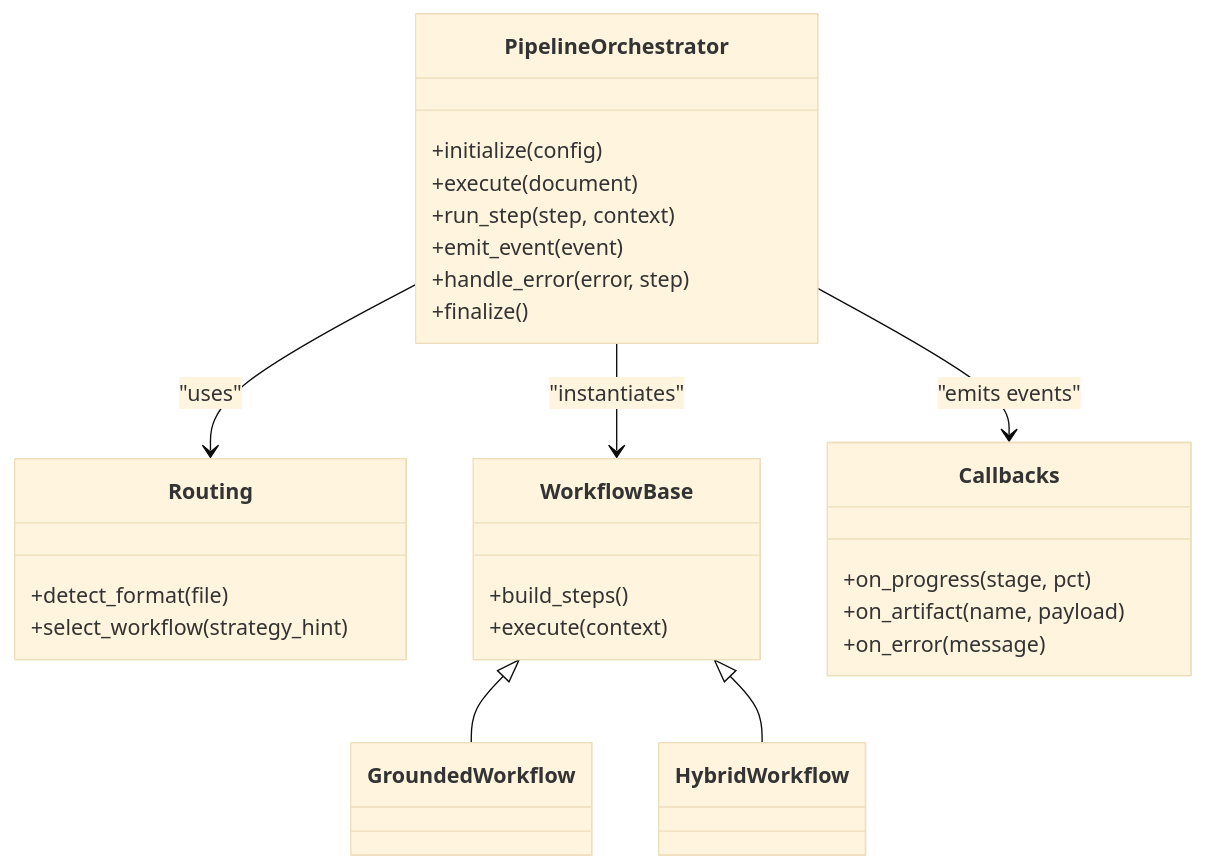
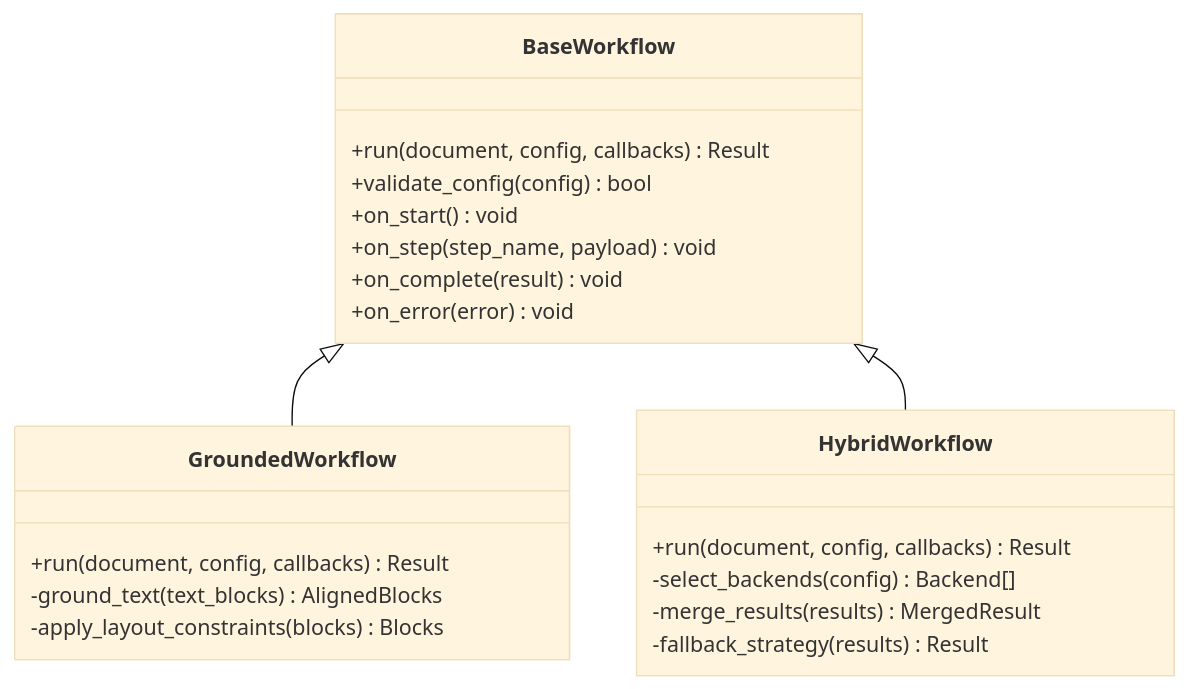
The third of 7 diagrams in .qoder/repowiki/en/content/Core Processing Engine/Core Processing Engine.md (Sifr-r/LocalDeepL), drawn with Mermaid (base theme) before and after one commit. The commit also changed other lines of this file and 246 other files, not shown here.

````diff
--- a/.qoder/repowiki/en/content/Core Processing Engine/Core Processing Engine.md
+++ b/.qoder/repowiki/en/content/Core Processing Engine/Core Processing Engine.md
@@ -230,31 +211,24 @@
 ```mermaid
 classDiagram
-class PipelineOrchestrator {
-+initialize(config)
-+execute(document)
-+run_step(step, context)
-+emit_event(event)
-+handle_error(error, step)
-+finalize()
+class BaseWorkflow {
++run(document, config, callbacks) Result
++validate_config(config) bool
++on_start() void
++on_step(step_name, payload) void
++on_complete(result) void
++on_error(error) void
 }
-class Routing {
-+detect_format(file)
-+select_workflow(strategy_hint)
+class GroundedWorkflow {
++run(document, config, callbacks) Result
+-ground_text(text_blocks) AlignedBlocks
+-apply_layout_constraints(blocks) Blocks
 }
-class WorkflowBase {
-+build_steps()
-+execute(context)
+class HybridWorkflow {
++run(document, config, callbacks) Result
+-select_backends(config) Backend[]
+-merge_results(results) MergedResult
+-fallback_strategy(results) Result
 }
-class GroundedWorkflow
-class HybridWorkflow
-class Callbacks {
-+on_progress(stage, pct)
-+on_artifact(name, payload)
-+on_error(message)
-}
-PipelineOrchestrator --> Routing : "uses"
-PipelineOrchestrator --> WorkflowBase : "instantiates"
-WorkflowBase <|-- GroundedWorkflow
-WorkflowBase <|-- HybridWorkflow
-PipelineOrchestrator --> Callbacks : "emits events"
+BaseWorkflow <|-- GroundedWorkflow
+BaseWorkflow <|-- HybridWorkflow
 ```
````
